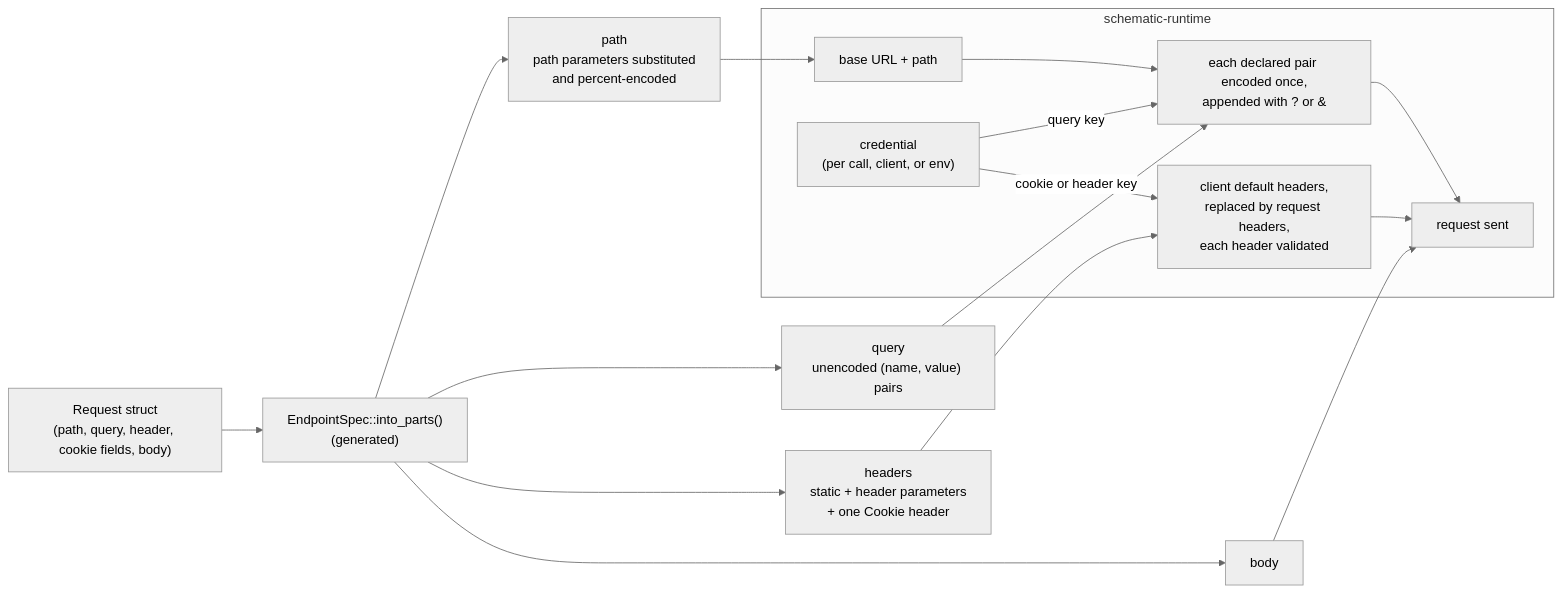
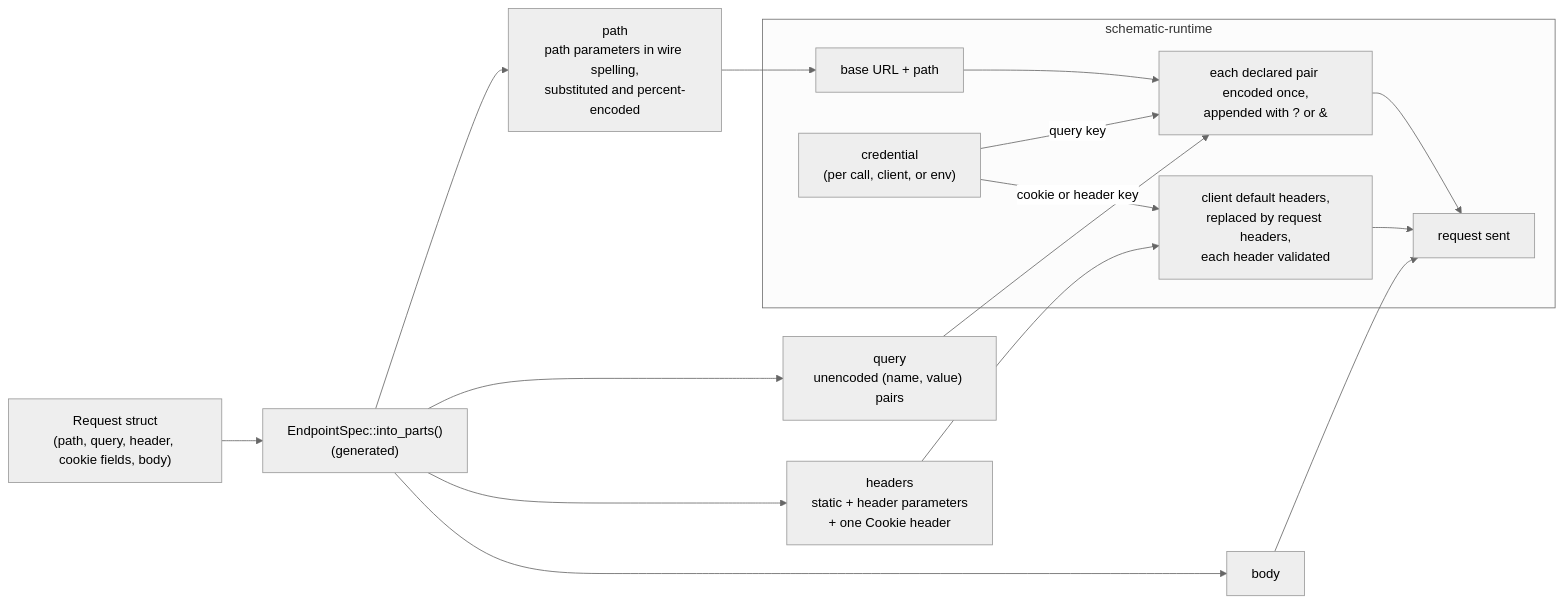
One commit to yankeeinlondon/rusty-biscuit changed the first of 2 diagrams in schematic/docs/generation/request-side.md. Above: the diagram before and after it, drawn with Mermaid (neutral theme). The commit also changed other lines of this file and 18 other files, not shown here.

First line of the commit message:
docs(schematic): document definition vocabulary and bundles

````diff
--- a/schematic/docs/generation/request-side.md
+++ b/schematic/docs/generation/request-side.md
@@ -30,24 +30,24 @@
 ```mermaid
 flowchart LR
     A["Request struct<br/>(path, query, header, cookie fields, body)"] --> B["EndpointSpec::into_parts()<br/>(generated)"]
-    B --> C["path<br/>path parameters substituted<br/>and percent-encoded"]
+    B --> C["path<br/>path parameters in wire spelling,<br/>substituted and percent-encoded"]
     B --> D["query<br/>unencoded (name, value) pairs"]
     B --> E["headers<br/>static + header parameters<br/>+ one Cookie header"]
     B --> B2["body"]
     subgraph R ["schematic-runtime"]
         F["base URL + path"]
         G["each declared pair encoded once,<br/>appended with ? or &"]
         I["client default headers,<br/>replaced by request headers,<br/>each header validated"]
         K["credential<br/>(per call, client, or env)"]
         H["request sent"]
     end
     C --> F
     F --> G
     D --> G
     E --> I
     K -->|query key| G
     K -->|cookie or header key| I
     G --> H
     I --> H
     B2 --> H
 ```
````
